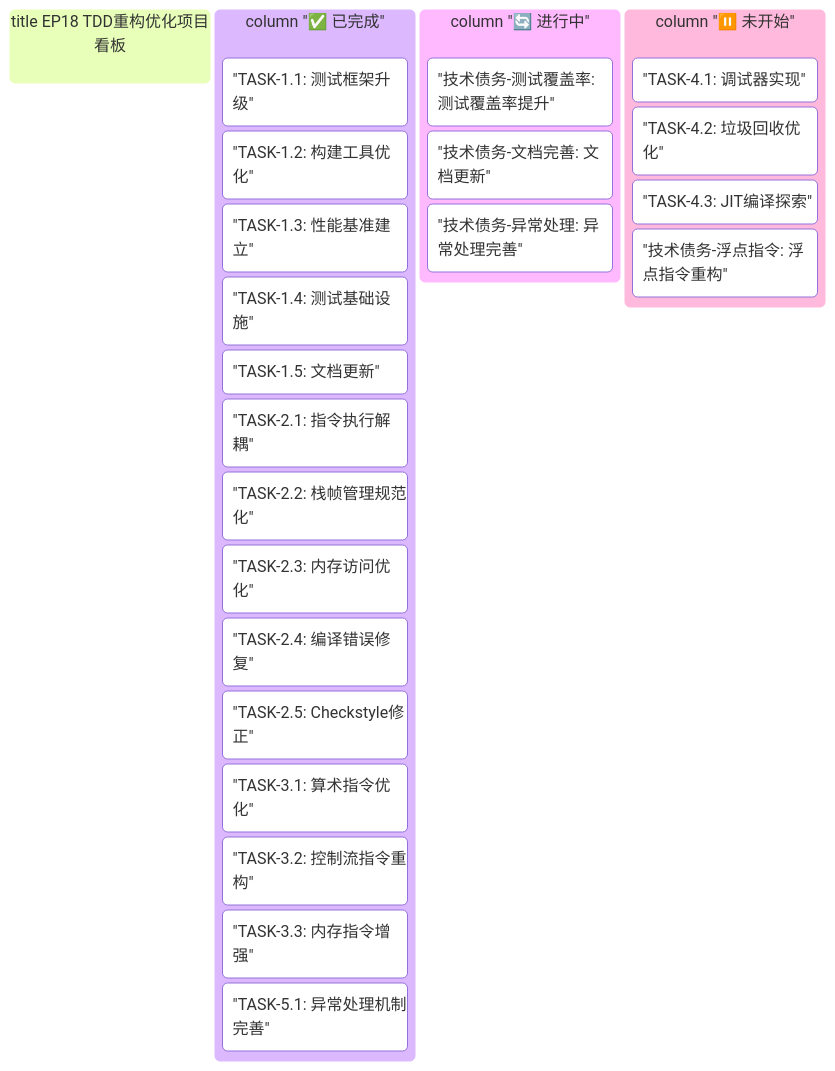
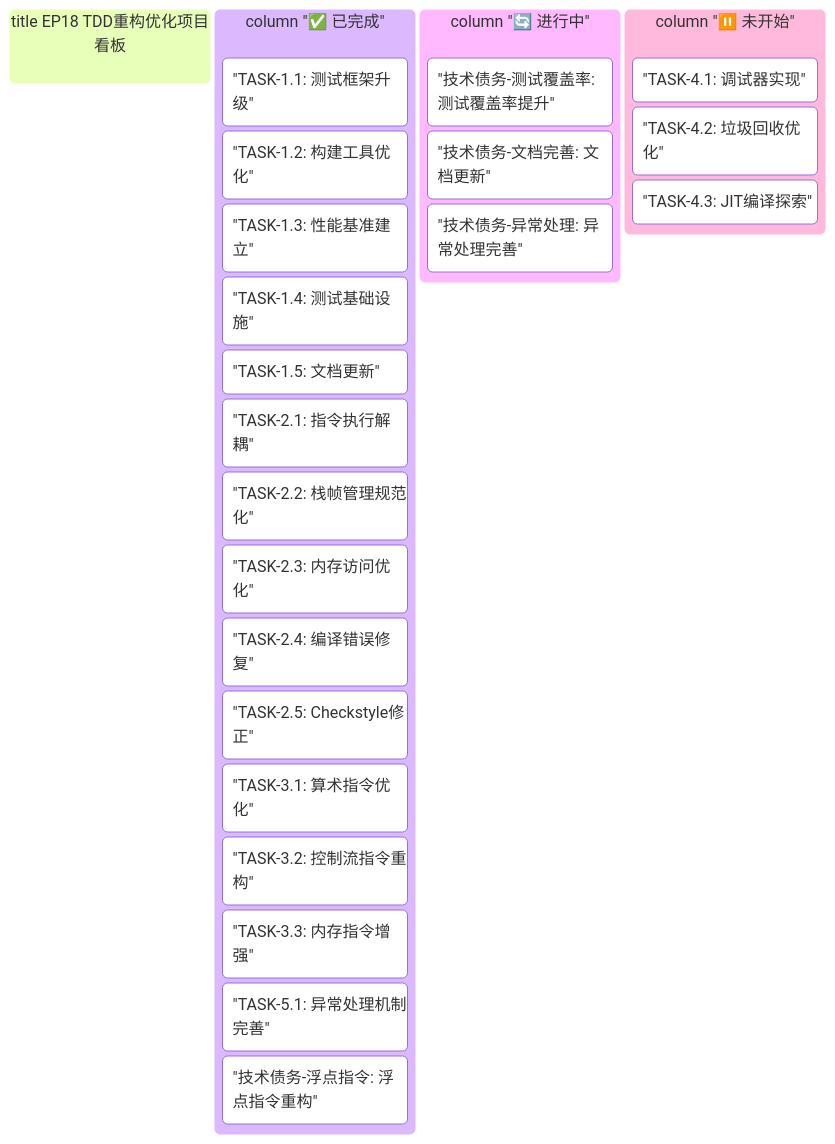
The second of 2 diagrams in ep18/docs/EP18_TDD_重构优化方案.md (whtoo/How_to_implment_PL_in_Antlr4), drawn with Mermaid before and after one commit. The commit also changed other lines of this file and 16 other files, not shown here.

````diff
--- a/ep18/docs/EP18_TDD_重构优化方案.md
+++ b/ep18/docs/EP18_TDD_重构优化方案.md
@@ -62,28 +62,28 @@
 ```mermaid
 kanban
   title EP18 TDD重构优化项目看板
   column "✅ 已完成"
     "TASK-1.1: 测试框架升级"
     "TASK-1.2: 构建工具优化"
     "TASK-1.3: 性能基准建立"
     "TASK-1.4: 测试基础设施"
     "TASK-1.5: 文档更新"
     "TASK-2.1: 指令执行解耦"
     "TASK-2.2: 栈帧管理规范化"
     "TASK-2.3: 内存访问优化"
     "TASK-2.4: 编译错误修复"
     "TASK-2.5: Checkstyle修正"
     "TASK-3.1: 算术指令优化"
     "TASK-3.2: 控制流指令重构"
     "TASK-3.3: 内存指令增强"
     "TASK-5.1: 异常处理机制完善"
+    "技术债务-浮点指令: 浮点指令重构"
   column "🔄 进行中"
     "技术债务-测试覆盖率: 测试覆盖率提升"
     "技术债务-文档完善: 文档更新"
     "技术债务-异常处理: 异常处理完善"
   column "⏸️ 未开始"
     "TASK-4.1: 调试器实现"
     "TASK-4.2: 垃圾回收优化"
     "TASK-4.3: JIT编译探索"
-    "技术债务-浮点指令: 浮点指令重构"
 ```
````
